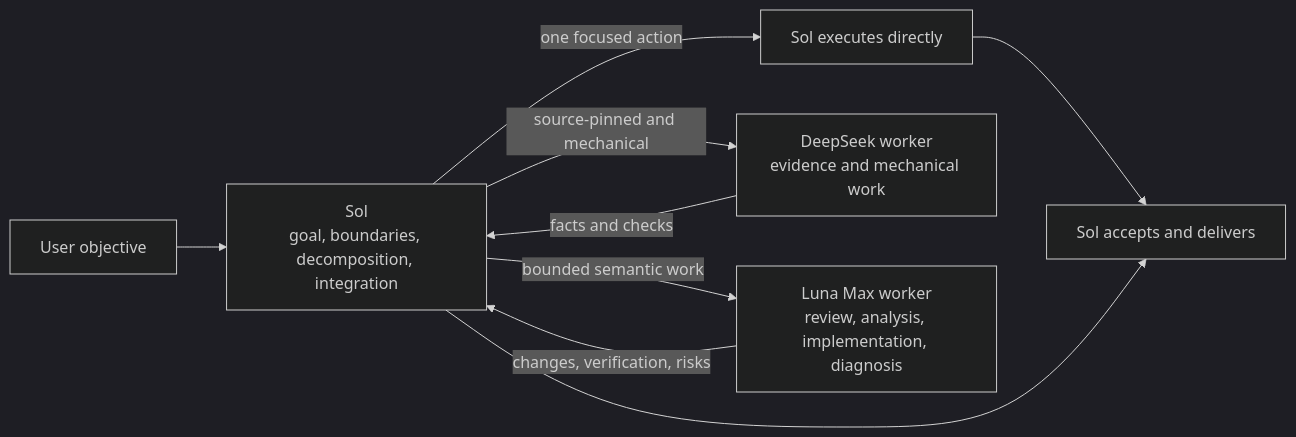
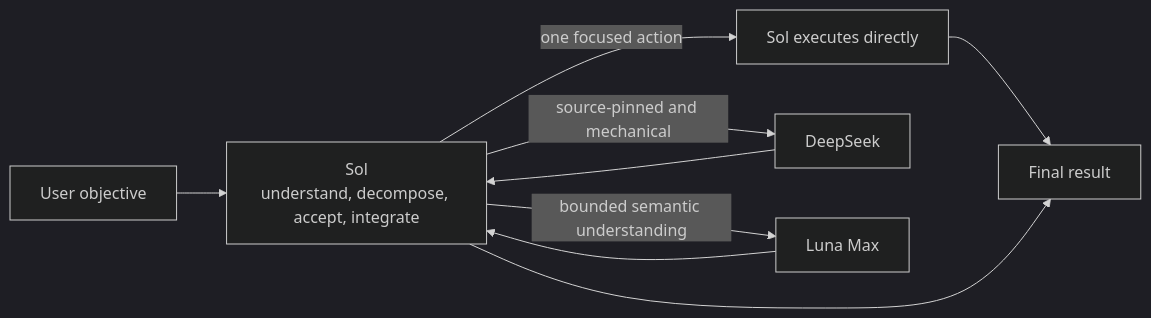
One commit to liuyejinghong/sol-worker-routing-codex changed the diagram in README.en.md. Above: the diagram before and after it, drawn with Mermaid (dark theme). The commit also changed other lines of this file and 5 other files, not shown here.

````diff
--- a/README.en.md
+++ b/README.en.md
@@ -51,11 +45,11 @@
 ```mermaid
 flowchart LR
-    U["User objective"] --> S["Sol<br/>goal, boundaries, decomposition, integration"]
+    U["User objective"] --> S["Sol<br/>understand, decompose, accept, integrate"]
     S -->|"one focused action"| D["Sol executes directly"]
-    S -->|"source-pinned and mechanical"| DS["DeepSeek worker<br/>evidence and mechanical work"]
-    S -->|"bounded semantic work"| L["Luna Max worker<br/>review, analysis, implementation, diagnosis"]
-    D --> O["Sol accepts and delivers"]
-    DS -->|"facts and checks"| S
-    L -->|"changes, verification, risks"| S
+    S -->|"source-pinned and mechanical"| DS["DeepSeek"]
+    S -->|"bounded semantic understanding"| L["Luna Max"]
+    D --> O["Final result"]
+    DS --> S
+    L --> S
     S --> O
 ```
````
